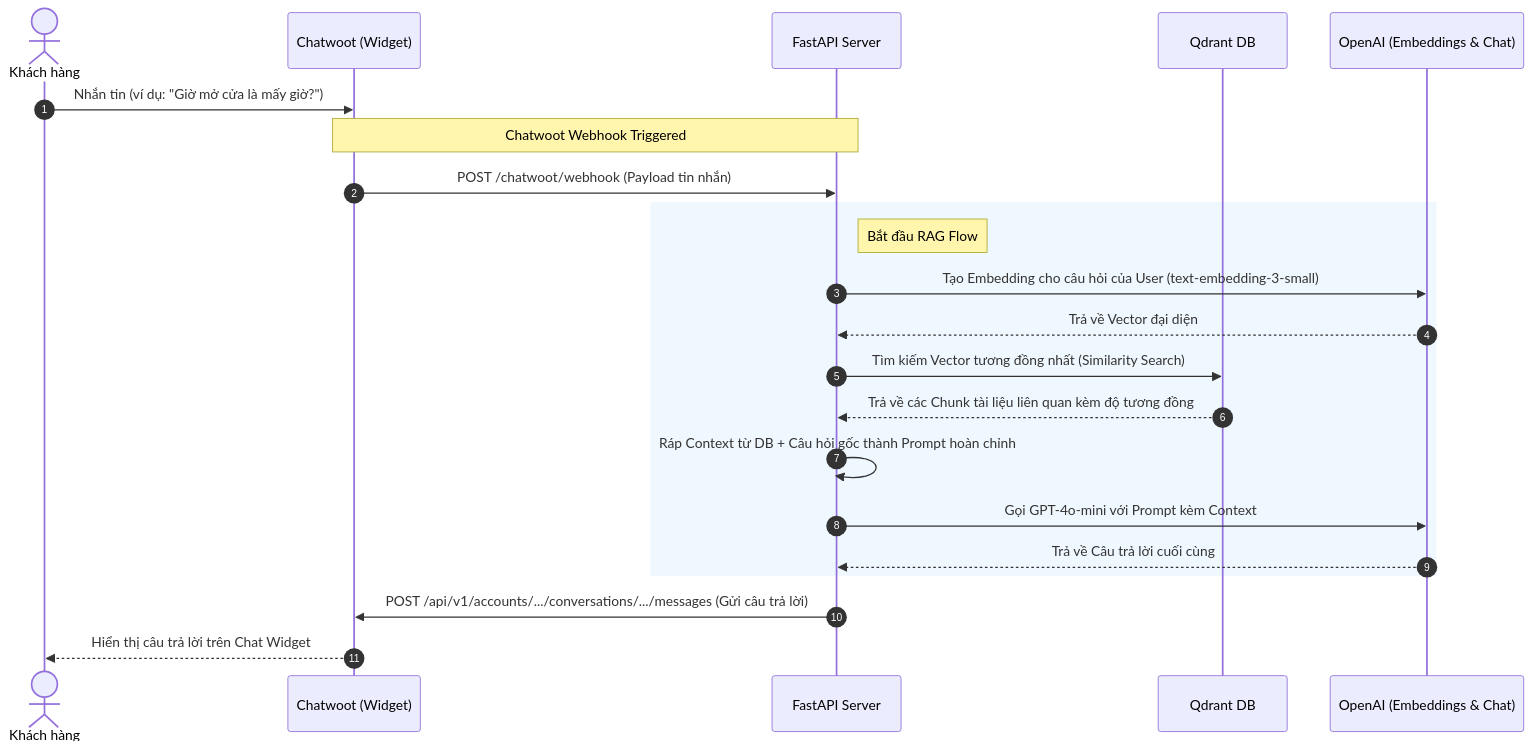
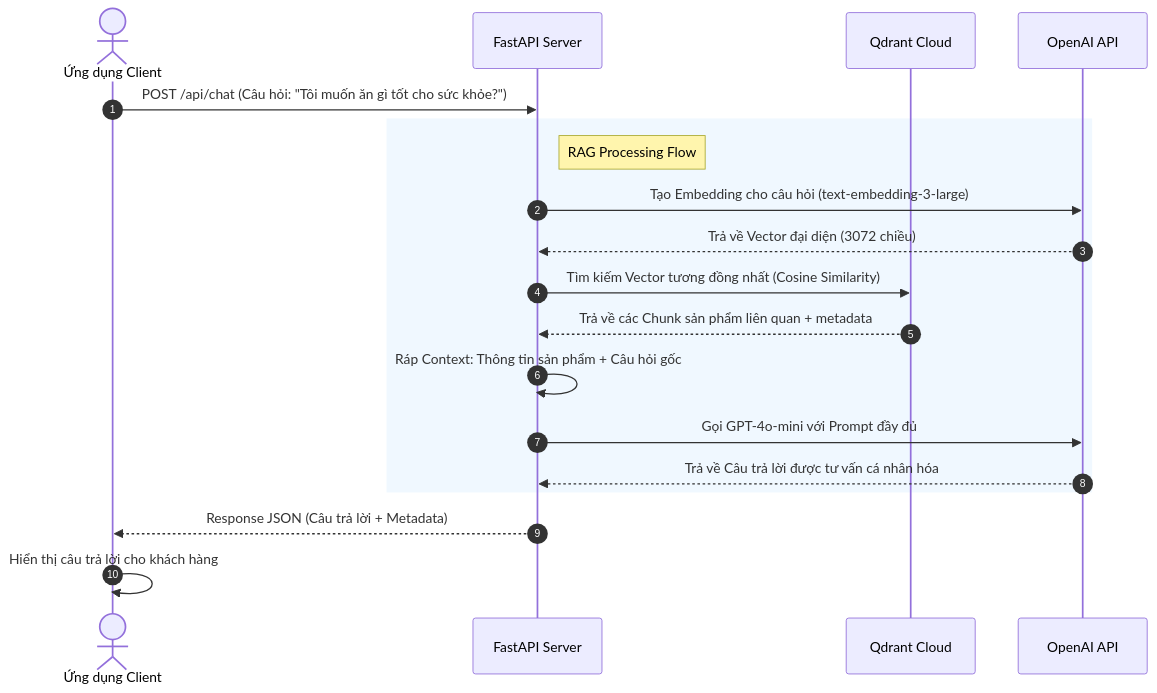
Before and after one commit to benf-le/datnK: the diagram in food-support-rag/implementation_plan.md, drawn with Mermaid. The commit also changed other lines of this file and 5 other files, not shown here.

Commit message:
feat: initialize FastAPI RAG system with documentation and product ingestion endpoints

````diff
--- a/food-support-rag/implementation_plan.md
+++ b/food-support-rag/implementation_plan.md
@@ -26,27 +25,24 @@
 ```mermaid
 sequenceDiagram
     autonumber
-    actor User as Khách hàng
-    participant CW as Chatwoot (Widget)
+    actor Client as Ứng dụng Client
     participant API as FastAPI Server
-    participant DB as Qdrant DB
-    participant LLM as OpenAI (Embeddings & Chat)
+    participant DB as Qdrant Cloud
+    participant LLM as OpenAI API
 
-    User->>CW: Nhắn tin (ví dụ: "Giờ mở cửa là mấy giờ?")
-    Note over CW, API: Chatwoot Webhook Triggered
-    CW->>API: POST /chatwoot/webhook (Payload tin nhắn)
+    Client->>API: POST /api/chat (Câu hỏi: "Tôi muốn ăn gì tốt cho sức khỏe?")
     
     rect rgb(240, 248, 255)
-        note right of API: Bắt đầu RAG Flow
-        API->>LLM: Tạo Embedding cho câu hỏi của User (text-embedding-3-small)
-        LLM-->>API: Trả về Vector đại diện
-        API->>DB: Tìm kiếm Vector tương đồng nhất (Similarity Search)
-        DB-->>API: Trả về các Chunk tài liệu liên quan kèm độ tương đồng
-        API->>API: Ráp Context từ DB + Câu hỏi gốc thành Prompt hoàn chỉnh
-        API->>LLM: Gọi GPT-4o-mini với Prompt kèm Context
-        LLM-->>API: Trả về Câu trả lời cuối cùng
+        note right of API: RAG Processing Flow
+        API->>LLM: Tạo Embedding cho câu hỏi (text-embedding-3-large)
+        LLM-->>API: Trả về Vector đại diện (3072 chiều)
+        API->>DB: Tìm kiếm Vector tương đồng nhất (Cosine Similarity)
+        DB-->>API: Trả về các Chunk sản phẩm liên quan + metadata
+        API->>API: Ráp Context: Thông tin sản phẩm + Câu hỏi gốc
+        API->>LLM: Gọi GPT-4o-mini với Prompt đầy đủ
+        LLM-->>API: Trả về Câu trả lời được tư vấn cá nhân hóa
     end
     
-    API->>CW: POST /api/v1/accounts/.../conversations/.../messages (Gửi câu trả lời)
-    CW-->>User: Hiển thị câu trả lời trên Chat Widget
+    API-->>Client: Response JSON (Câu trả lời + Metadata)
+    Client->>Client: Hiển thị câu trả lời cho khách hàng
 ```
````
